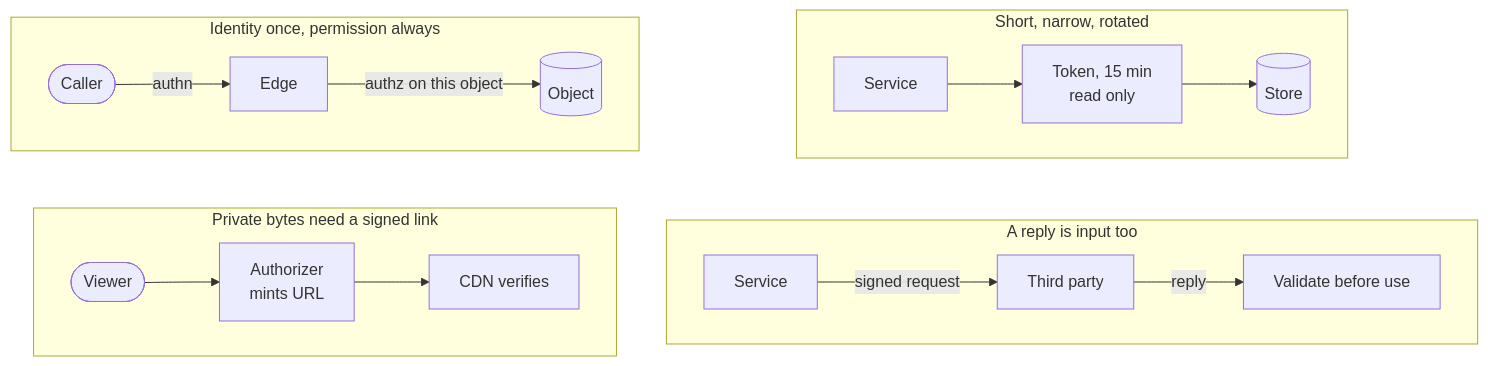
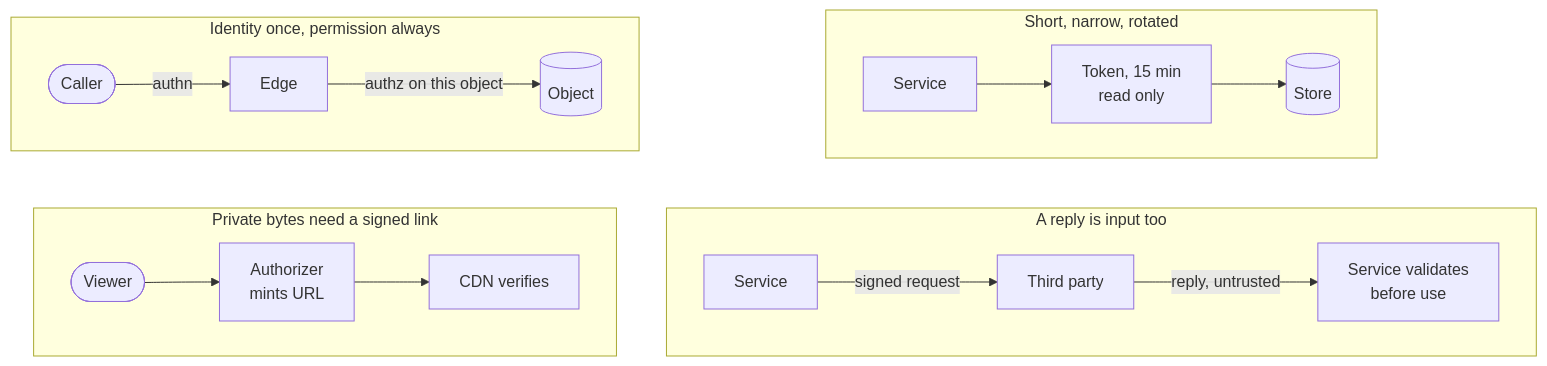
One commit to Laticent/lattice changed diagram 14 of 19 in examples/system-design-foundations.md. Above: the diagram before and after it, drawn with Mermaid. The commit also changed other lines of this file and 1 other file, not shown here.

````diff
--- a/examples/system-design-foundations.md
+++ b/examples/system-design-foundations.md
@@ -1714,21 +1714,21 @@
 ```mermaid
 flowchart TB
   subgraph b["Short, narrow, rotated"]
     direction LR
     B1["Service"] --> B2["Token, 15 min<br/>read only"] --> B3[("Store")]
   end
   subgraph a["Identity once, permission always"]
     direction LR
     A1(["Caller"]) -->|"authn"| A2["Edge"] -->|"authz on this object"| A3[("Object")]
   end
   subgraph d["A reply is input too"]
     direction LR
-    D1["Service"] -->|"signed request"| D2["Third party"] -->|"reply"| D3["Validate before use"]
+    D1["Service"] -->|"signed request"| D2["Third party"] -->|"reply, untrusted"| D3["Service validates<br/>before use"]
   end
   subgraph c["Private bytes need a signed link"]
     direction LR
     C1(["Viewer"]) --> C2["Authorizer<br/>mints URL"] --> C3["CDN verifies"]
   end
   a ~~~ c
   b ~~~ d
 ```
````
